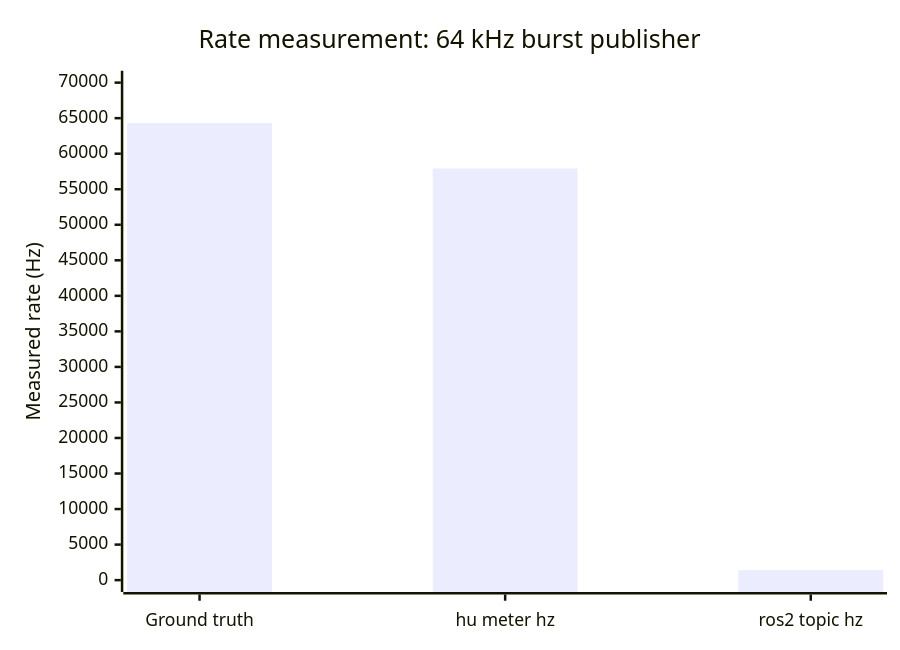
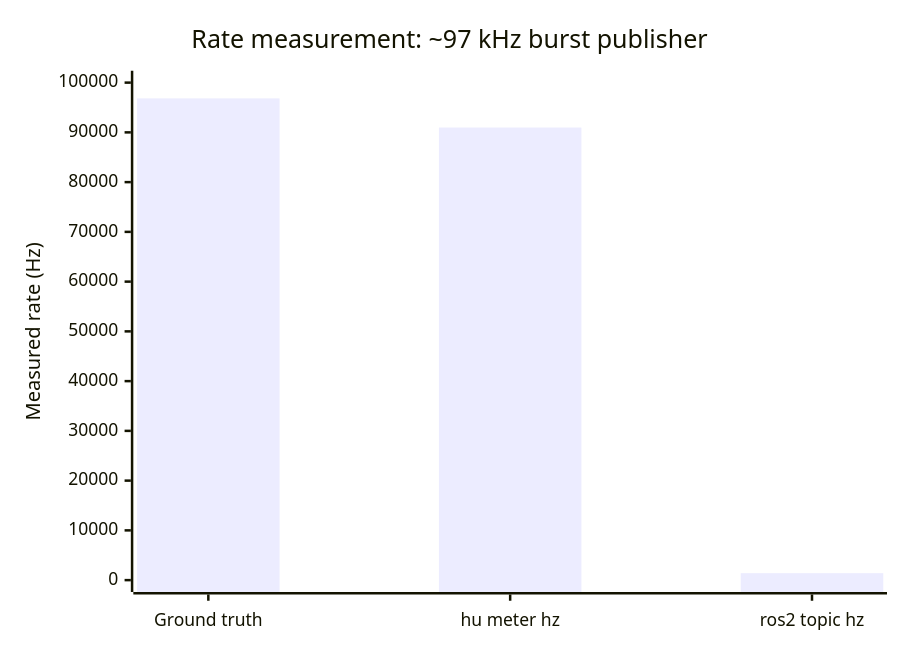
Before and after one commit to ZettaScaleLabs/hiroz: the first of 2 diagrams in docs/tools/hu-vs-ros2cli.md, drawn with Mermaid. The commit also changed other lines of this file, not shown here.

````diff
--- a/docs/tools/hu-vs-ros2cli.md
+++ b/docs/tools/hu-vs-ros2cli.md
@@ -49,7 +49,7 @@
 ```mermaid
 xychart-beta
-    title "Rate measurement: 64 kHz burst publisher"
+    title "Rate measurement: ~97 kHz burst publisher"
     x-axis ["Ground truth", "hu meter hz", "ros2 topic hz"]
-    y-axis "Measured rate (Hz)" 0 --> 70000
-    bar [64320, 57920, 1398]
+    y-axis "Measured rate (Hz)" 0 --> 100000
+    bar [96829, 90971, 1398]
 ```
````
